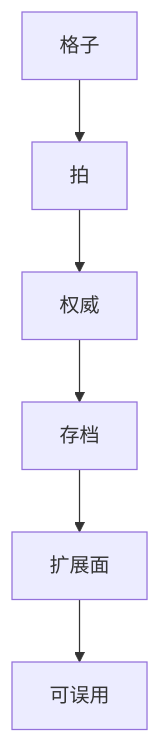
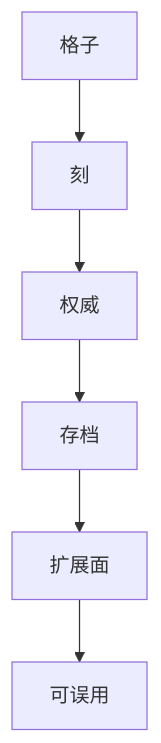
One commit to Dreamtowards/Thinking-In-Minecraft changed the diagram in docs/impl/(part5)/modifiable-engine.mdx. Above: the diagram before and after it, drawn with Mermaid. The commit also changed other lines of this file and 2 other files, not shown here.

````diff
--- a/docs/impl/(part5)/modifiable-engine.mdx
+++ b/docs/impl/(part5)/modifiable-engine.mdx
@@ -96,8 +96,8 @@
 ```mermaid
 flowchart TB
-  A["格子"] --> B["拍"]
+  A["格子"] --> B["刻"]
   B --> C["权威"]
   C --> D["存档"]
   D --> E["扩展面"]
   E --> F["可误用"]
 ```
````
